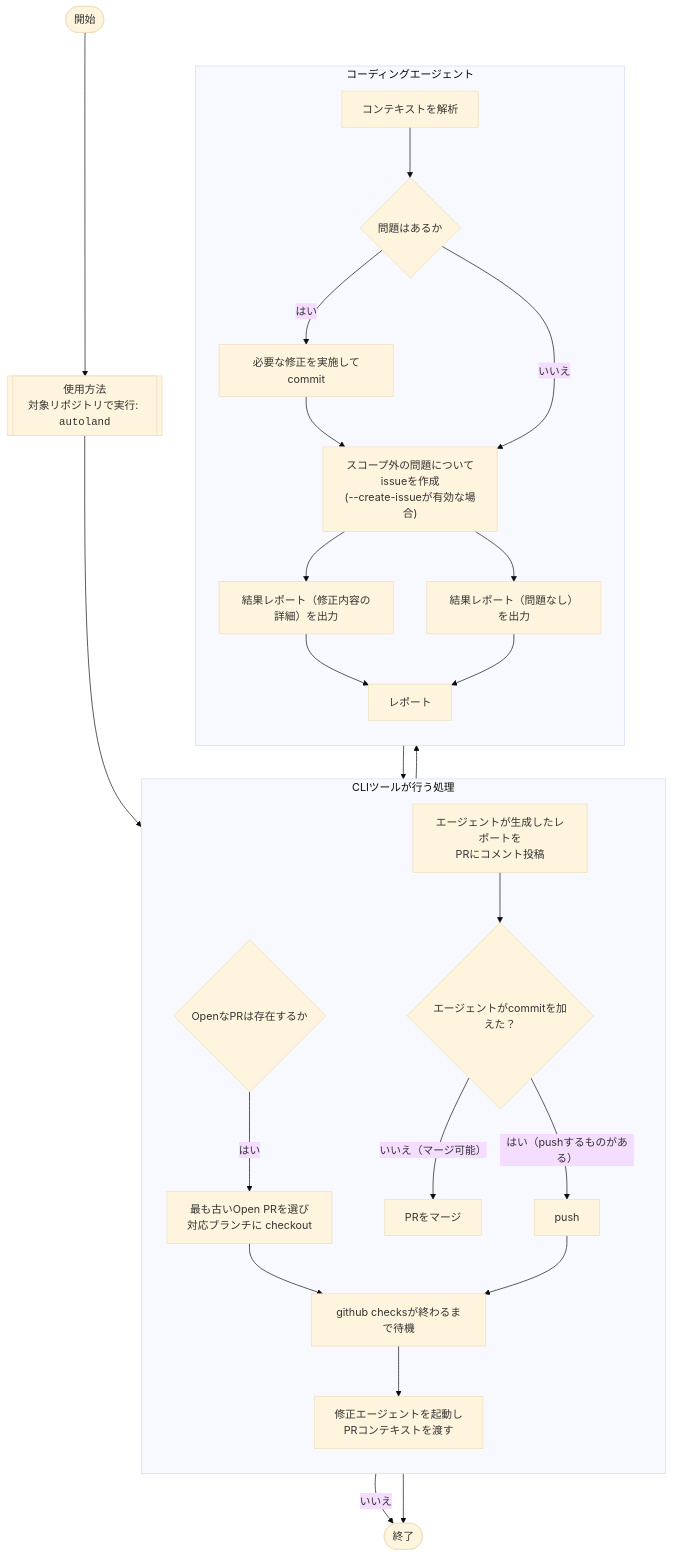
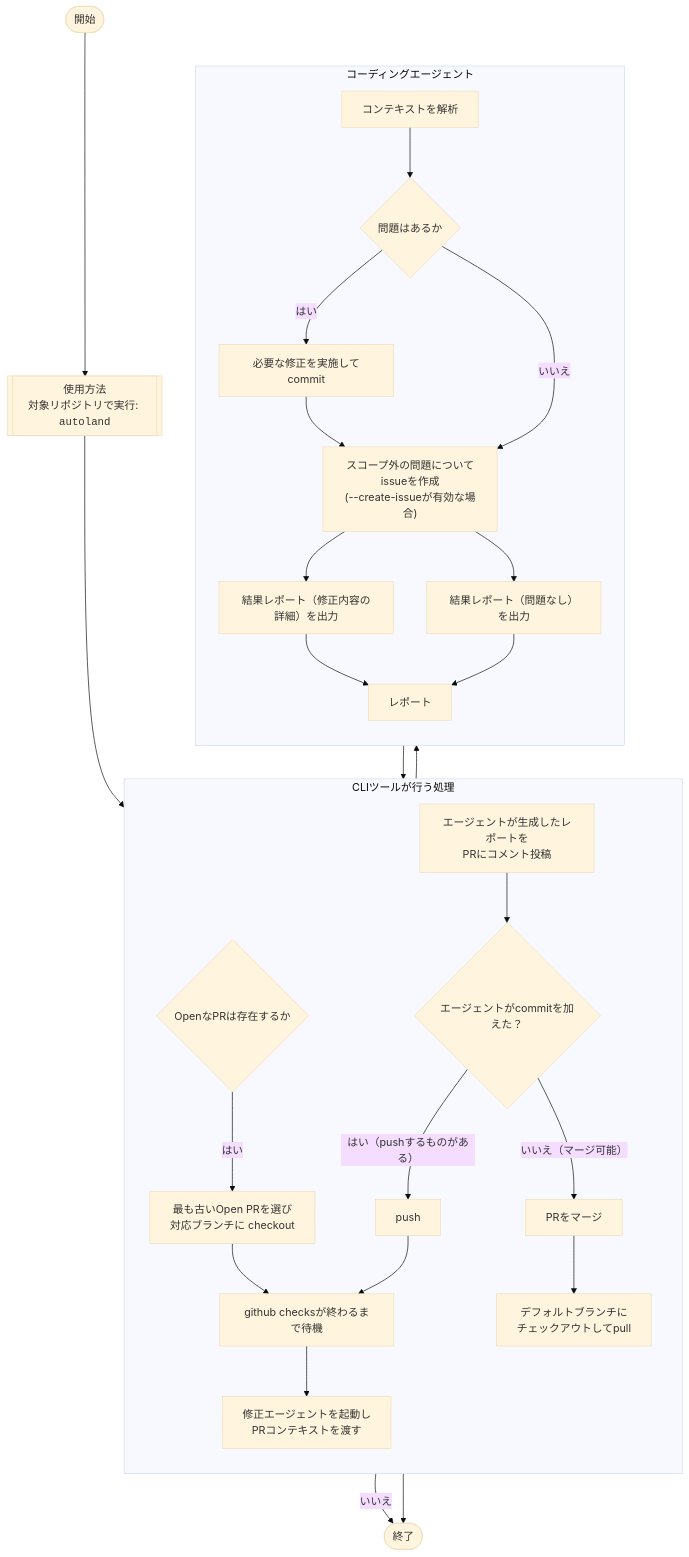
One commit to abc1nc/ai-autoland changed the diagram in README.ja.md. Above: the diagram before and after it, drawn with Mermaid (base theme). The commit also changed other lines of this file and 5 other files, not shown here.

````diff
--- a/README.ja.md
+++ b/README.ja.md
@@ -61,41 +62,42 @@
 ```mermaid
 flowchart TD
   Start(["開始"]) --> Use[["使用方法<br>対象リポジトリで実行: <code>autoland</code>"]]
 
   subgraph CLI["CLIツールが行う処理"]
     direction TB
     C0{"OpenなPRは存在するか"}
     C1["最も古いOpen PRを選び<br>対応ブランチに checkout"]
     C2["github checksが終わるまで待機"]
     C3["修正エージェントを起動し<br>PRコンテキストを渡す"]
     C6["エージェントが生成したレポートを<br>PRにコメント投稿"]
     C4{"エージェントがcommitを加えた？"}
     C5["push"]
     C8["PRをマージ"]
+    C9["デフォルトブランチに<br>チェックアウトしてpull"]
   end
 
   subgraph AG["コーディングエージェント"]
     direction TB
     A1["コンテキストを解析"]
     A2{"問題はあるか"}
     A3["必要な修正を実施してcommit"]
     A5["スコープ外の問題についてissueを作成<br>(--create-issueが有効な場合)"]
     A4_fix["結果レポート（修正内容の詳細）を出力"]
     A4_ok["結果レポート（問題なし）を出力"]
     A_OUT["レポート"]
   end
 
   Use --> C0
   C0 -- はい --> C1 --> C2
   C0 -- いいえ --> End(["終了"])
 
   C2 --> C3 --> A1 --> A2
   A2 -- はい --> A3 --> A5 --> A4_fix --> A_OUT
   A2 -- いいえ --> A5 --> A4_ok --> A_OUT
 
   A_OUT --> C6
 
   C6 --> C4
-  C4 -- いいえ（マージ可能） --> C8 --> End
+  C4 -- いいえ（マージ可能） --> C8 --> C9 --> End
   C4 -- はい（pushするものがある） --> C5 --> C2
 ```
````
